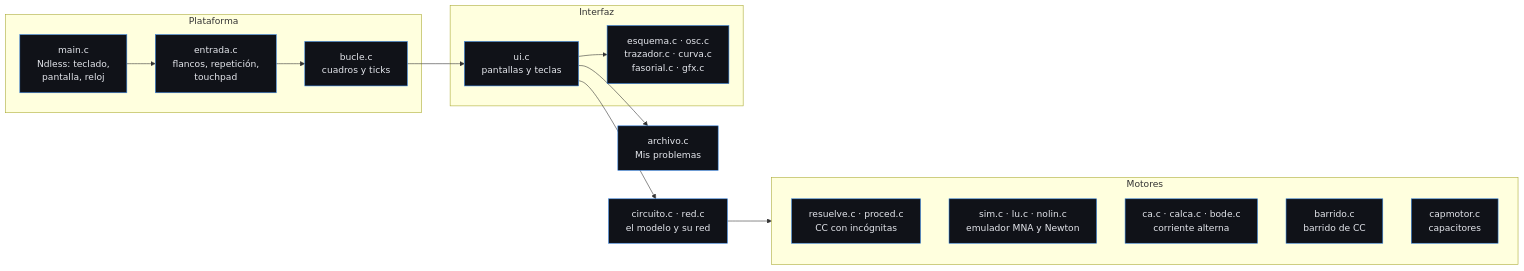
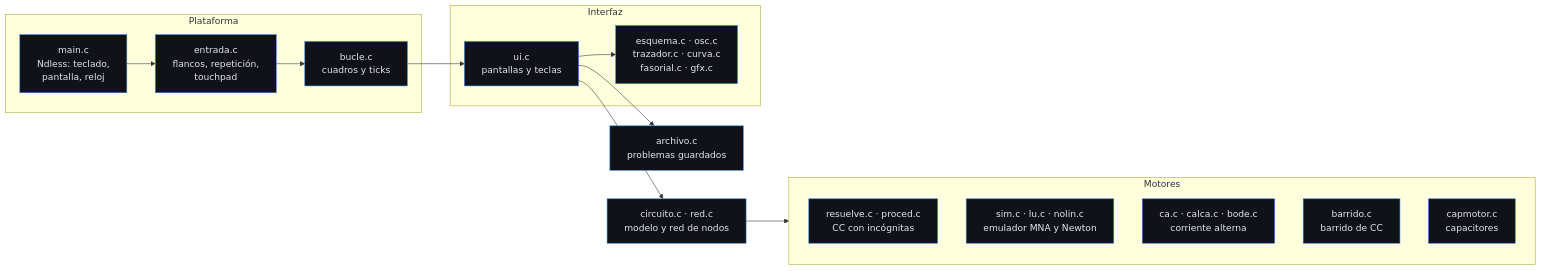
The second of 2 diagrams in README.md (Eliam4510/hakaru-ces), drawn with Mermaid before and after one commit. The commit also changed other lines of this file and 11 other files, not shown here.

````diff
--- a/README.md
+++ b/README.md
@@ -203,27 +222,27 @@
 ```mermaid
 flowchart LR
     subgraph P["Plataforma"]
         main["main.c<br/>Ndless: teclado,<br/>pantalla, reloj"]
         entrada["entrada.c<br/>flancos, repetición,<br/>touchpad"]
         bucle["bucle.c<br/>cuadros y ticks"]
     end
     subgraph I["Interfaz"]
         ui["ui.c<br/>pantallas y teclas"]
         dib["esquema.c · osc.c<br/>trazador.c · curva.c<br/>fasorial.c · gfx.c"]
     end
     subgraph M["Motores"]
         cc["resuelve.c · proced.c<br/>CC con incógnitas"]
         sim["sim.c · lu.c · nolin.c<br/>emulador MNA y Newton"]
         ca["ca.c · calca.c · bode.c<br/>corriente alterna"]
         barr["barrido.c<br/>barrido de CC"]
         cpm["capmotor.c<br/>capacitores"]
     end
-    circ["circuito.c · red.c<br/>el modelo y su red"]
-    arch["archivo.c<br/>Mis problemas"]
+    circ["circuito.c · red.c<br/>modelo y red de nodos"]
+    arch["archivo.c<br/>problemas guardados"]
     main --> entrada --> bucle --> ui
     ui --> dib
     ui --> circ --> M
     ui --> arch
     classDef caja fill:#101218,stroke:#3987e5,color:#e4e6ec
     class main,entrada,bucle,ui,dib,cc,sim,ca,barr,cpm,circ,arch caja
 ```
````
